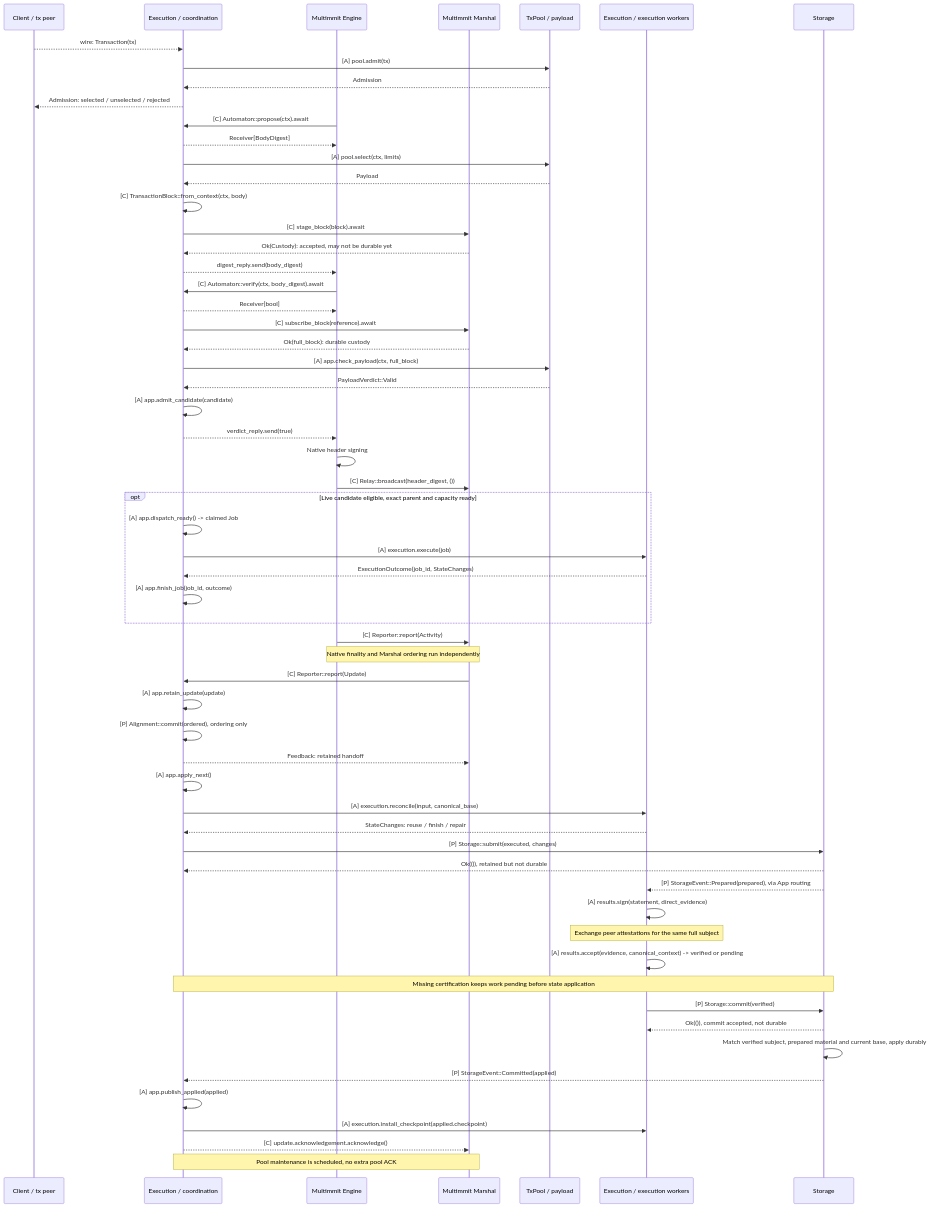
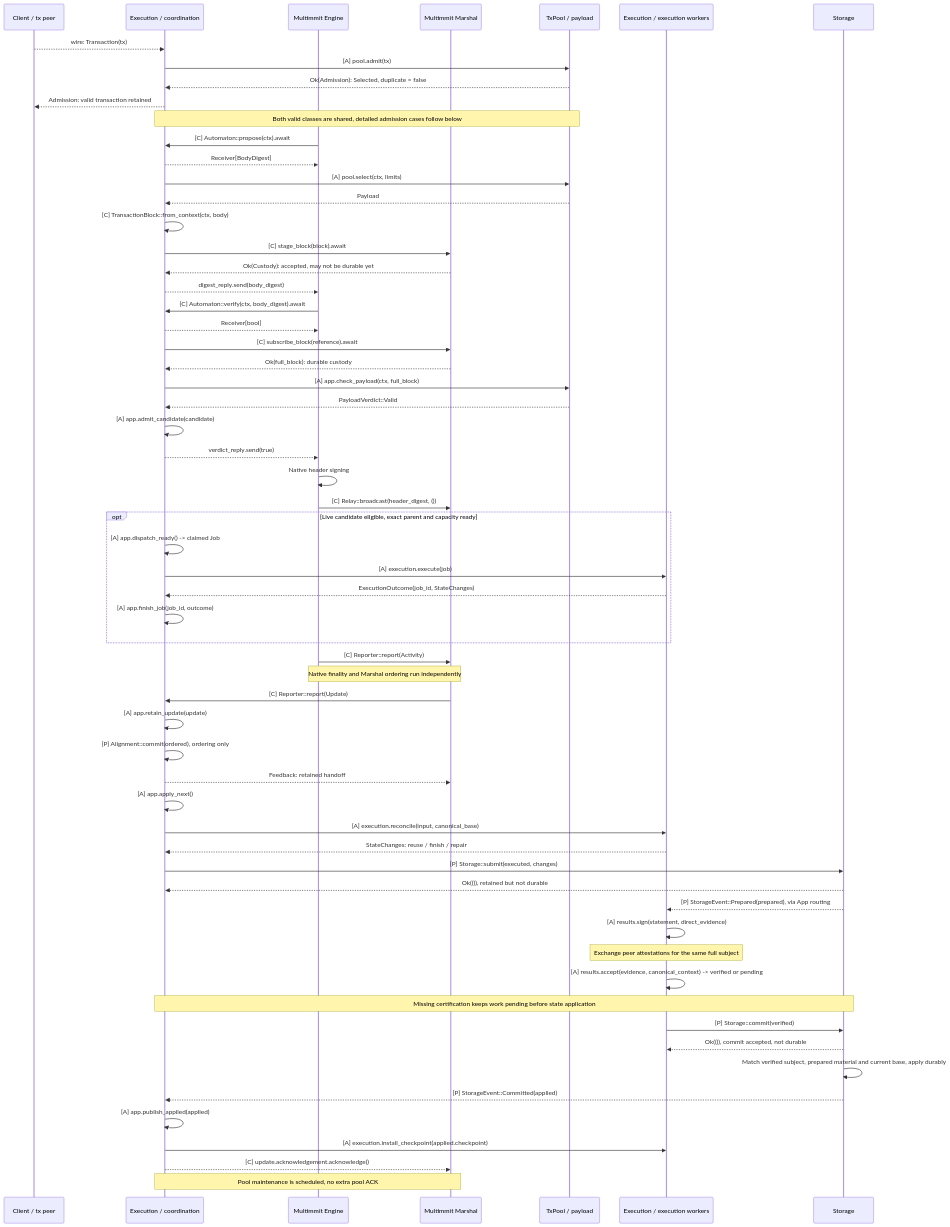
Before and after one commit to djm07073/baton: the diagram in docs/assets/diagrams/diagram-02.mmd, drawn with Mermaid. The commit also changed 26 other files, not shown here.

Commit message:
feat: define lane-aware shared transaction pool contracts

```diff
--- a/docs/assets/diagrams/diagram-02.mmd
+++ b/docs/assets/diagrams/diagram-02.mmd
@@ -1,61 +1,62 @@
 sequenceDiagram
     participant C as Client / tx peer
     participant A as Execution / coordination
     participant N as Multimmit Engine
     participant M as Multimmit Marshal
     participant P as TxPool / payload
     participant E as Execution / execution workers
     participant S as Storage
     C-->>A: wire: Transaction(tx)
     A->>P: [A] pool.admit(tx)
-    P-->>A: Admission
-    A-->>C: Admission: selected / unselected / rejected
+    P-->>A: Ok(Admission): Selected, duplicate = false
+    A-->>C: Admission: valid transaction retained
+    Note over A,P: Both valid classes are shared, detailed admission cases follow below
     N->>A: [C] Automaton::propose(ctx).await
     A-->>N: Receiver[BodyDigest]
     A->>P: [A] pool.select(ctx, limits)
     P-->>A: Payload
     A->>A: [C] TransactionBlock::from_context(ctx, body)
     A->>M: [C] stage_block(block).await
     M-->>A: Ok(Custody): accepted, may not be durable yet
     A-->>N: digest_reply.send(body_digest)
     N->>A: [C] Automaton::verify(ctx, body_digest).await
     A-->>N: Receiver[bool]
     A->>M: [C] subscribe_block(reference).await
     M-->>A: Ok(full_block): durable custody
     A->>P: [A] app.check_payload(ctx, full_block)
     P-->>A: PayloadVerdict::Valid
     A->>A: [A] app.admit_candidate(candidate)
     A-->>N: verdict_reply.send(true)
     N->>N: Native header signing
     N->>M: [C] Relay::broadcast(header_digest, ())
     opt Live candidate eligible, exact parent and capacity ready
         A->>A: [A] app.dispatch_ready() -> claimed Job
         A->>E: [A] execution.execute(job)
         E-->>A: ExecutionOutcome(job_id, StateChanges)
         A->>A: [A] app.finish_job(job_id, outcome)
     end
     N->>M: [C] Reporter::report(Activity)
     Note over N,M: Native finality and Marshal ordering run independently
     M->>A: [C] Reporter::report(Update)
     A->>A: [A] app.retain_update(update)
     A->>A: [P] Alignment::commit(ordered), ordering only
     A-->>M: Feedback: retained handoff
     A->>A: [A] app.apply_next()
     A->>E: [A] execution.reconcile(input, canonical_base)
     E-->>A: StateChanges: reuse / finish / repair
     A->>S: [P] Storage::submit(executed, changes)
     S-->>A: Ok(()), retained but not durable
     S-->>E: [P] StorageEvent::Prepared(prepared), via App routing
     E->>E: [A] results.sign(statement, direct_evidence)
     Note over E: Exchange peer attestations for the same full subject
     E->>E: [A] results.accept(evidence, canonical_context) -> verified or pending
 
     Note over A,S: Missing certification keeps work pending before state application
     E->>S: [P] Storage::commit(verified)
     S-->>E: Ok(()), commit accepted, not durable
     S->>S: Match verified subject, prepared material and current base, apply durably
     S-->>A: [P] StorageEvent::Committed(applied)
     A->>A: [A] app.publish_applied(applied)
     A->>E: [A] execution.install_checkpoint(applied.checkpoint)
     A-->>M: [C] update.acknowledgement.acknowledge()
     Note over A,M: Pool maintenance is scheduled, no extra pool ACK
```
